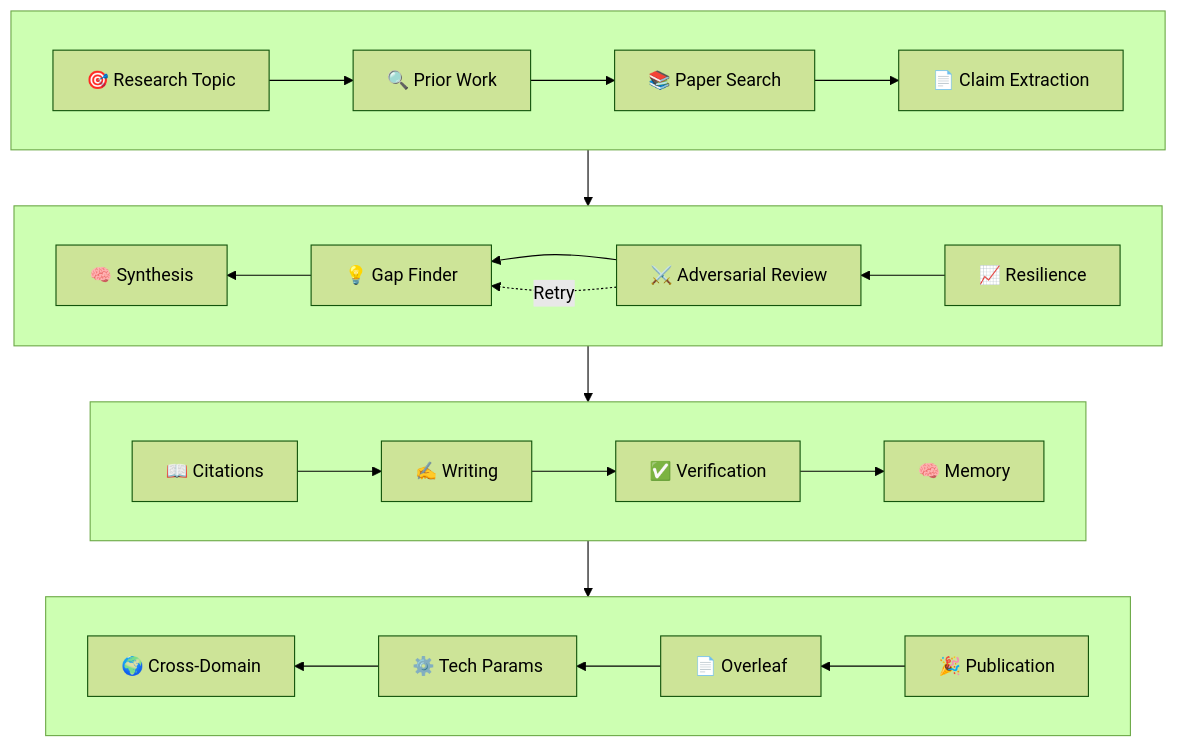
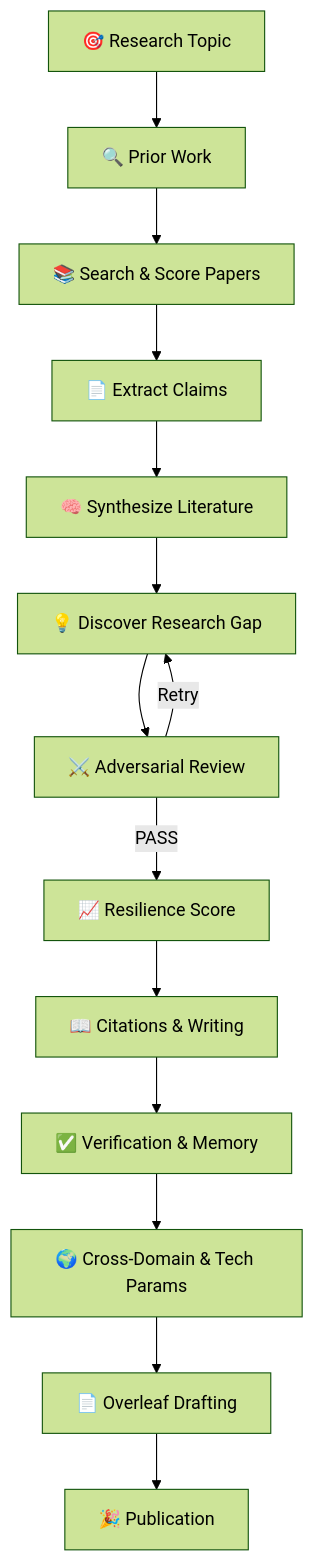
The diagram in README.md (Vigneshvs2007/MindMesh), drawn with Mermaid (forest theme) before and after one commit. The commit also changed other lines of this file, not shown here.

Commit message:
Revise flowchart and update copyright information
Updated flowchart in README to reflect new process and terminology.

````diff
--- a/README.md
+++ b/README.md
@@ -49,31 +49,21 @@
 ```mermaid
 flowchart TB
 
-subgraph R1[" "]
-direction LR
-A["🎯 Research Topic"] --> B["🔍 Prior Work"] --> C["📚 Paper Search"] --> D["📄 Claim Extraction"]
-end
+A["🎯 Research Topic"]
+--> B["🔍 Prior Work"]
+--> C["📚 Search & Score Papers"]
+--> D["📄 Extract Claims"]
+--> E["🧠 Synthesize Literature"]
+--> F["💡 Discover Research Gap"]
 
-D --> E
+F --> G["⚔️ Adversarial Review"]
 
-subgraph R2[" "]
-direction RL
-H["📈 Resilience"] --> G["⚔️ Adversarial Review"] --> F["💡 Gap Finder"] --> E["🧠 Synthesis"]
-end
+G -->|PASS| H["📈 Resilience Score"]
+G -->|Retry| F
 
-H --> I
-
-subgraph R3[" "]
-direction LR
-I["📖 Citations"] --> J["✍️ Writing"] --> K["✅ Verification"] --> L["🧠 Memory"]
-end
-
-L --> M
-
-subgraph R4[" "]
-direction RL
-P["🎉 Publication"] --> O["📄 Overleaf"] --> N["⚙️ Tech Params"] --> M["🌍 Cross-Domain"]
-end
-
-G -. Retry .-> F
+H --> I["📖 Citations & Writing"]
+I --> J["✅ Verification & Memory"]
+J --> K["🌍 Cross-Domain & Tech Params"]
+K --> L["📄 Overleaf Drafting"]
+L --> M["🎉 Publication"]
 ```
````
